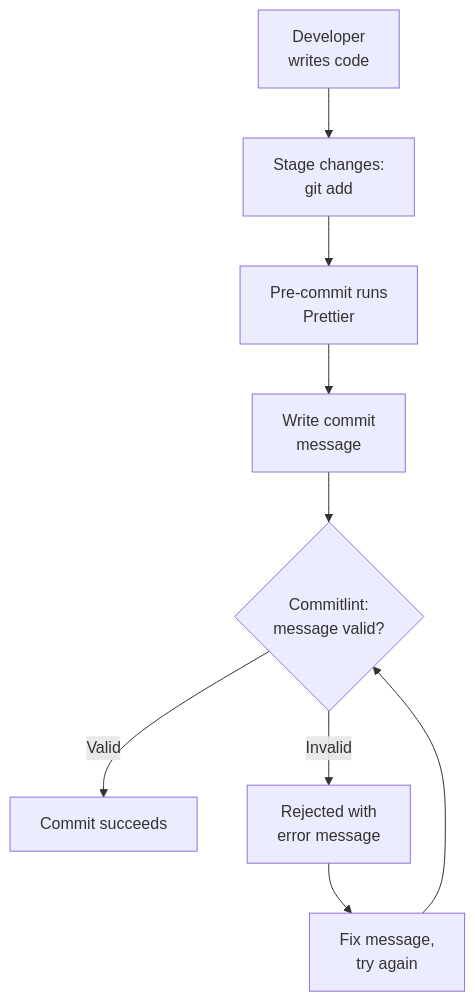
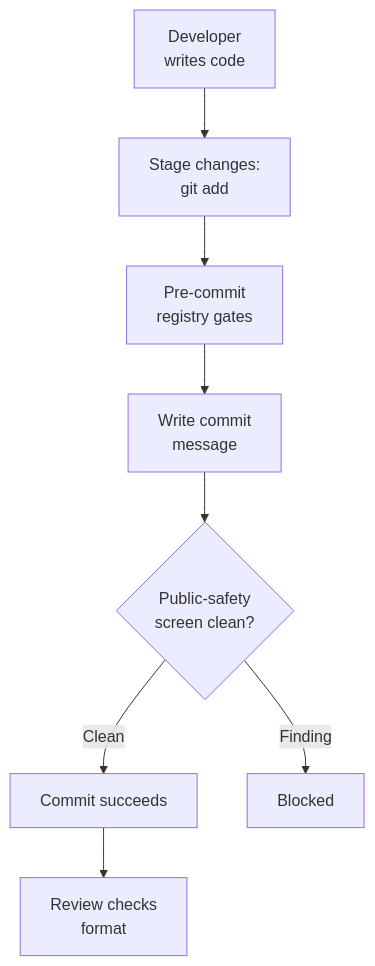
Before and after one commit to wahidyankf/ose-public: the diagram in repo-governance/development/workflow/commit-messages/how-its-enforced.md, drawn with Mermaid. The commit also changed other lines of this file and 26 other files, not shown here.

First line of the commit message:
docs(governance): state that no hook runs Commitlint

````diff
--- a/repo-governance/development/workflow/commit-messages/how-its-enforced.md
+++ b/repo-governance/development/workflow/commit-messages/how-its-enforced.md
@@ -60,13 +75,12 @@
 ```mermaid
 flowchart TD
-    accTitle: Workflow
-    accDescr: Developer writes code leads to Stage changes: git add; Stage changes: git add leads to Pre-commit runs Prettier; Pre-commit runs Prettier leads to Write commit message; Write commit message leads to Commitlint: message valid?; and 4 more links.
+    accTitle: Commit message checks
+    accDescr: Developer writes code leads to Stage changes; Stage changes leads to Pre-commit gates; Pre-commit gates leads to Write commit message; Write commit message leads to Public-safety screen; the screen blocks a leak or lets the commit succeed; Review checks the format.
     W["Developer<br/>writes code"] --> S["Stage changes:<br/>git add"]
-    S --> P["Pre-commit runs<br/>Prettier"]
+    S --> P["Pre-commit<br/>registry gates"]
     P --> M["Write commit<br/>message"]
-    M --> H{"Commitlint:<br/>message valid?"}
-    H -->|Valid| OK["Commit succeeds"]
-    H -->|Invalid| R["Rejected with<br/>error message"]
-    R --> FX["Fix message,<br/>try again"]
-    FX --> H
+    M --> H{"Public-safety<br/>screen clean?"}
+    H -->|Clean| OK["Commit succeeds"]
+    H -->|Finding| R["Blocked"]
+    OK --> RV["Review checks<br/>format"]
 ```
````
